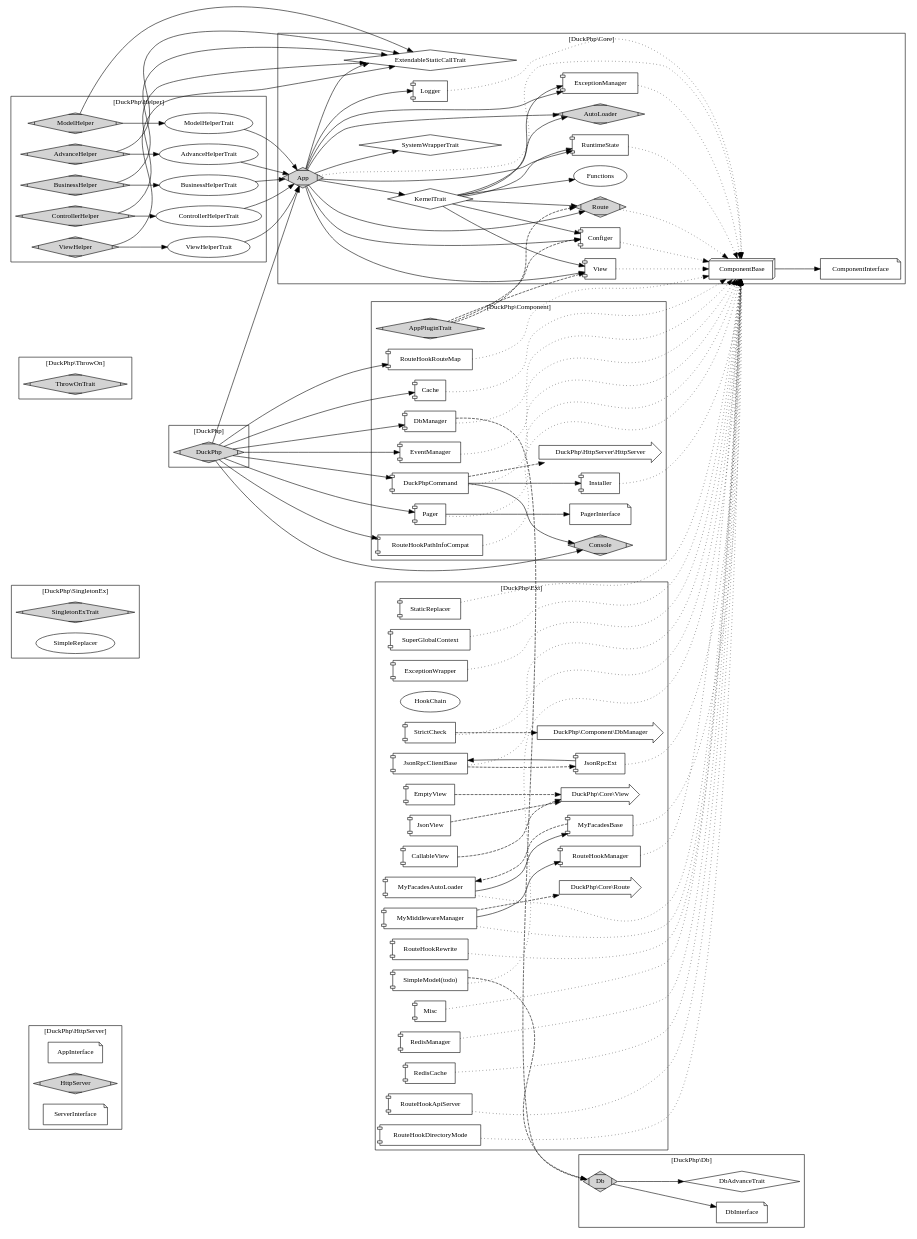
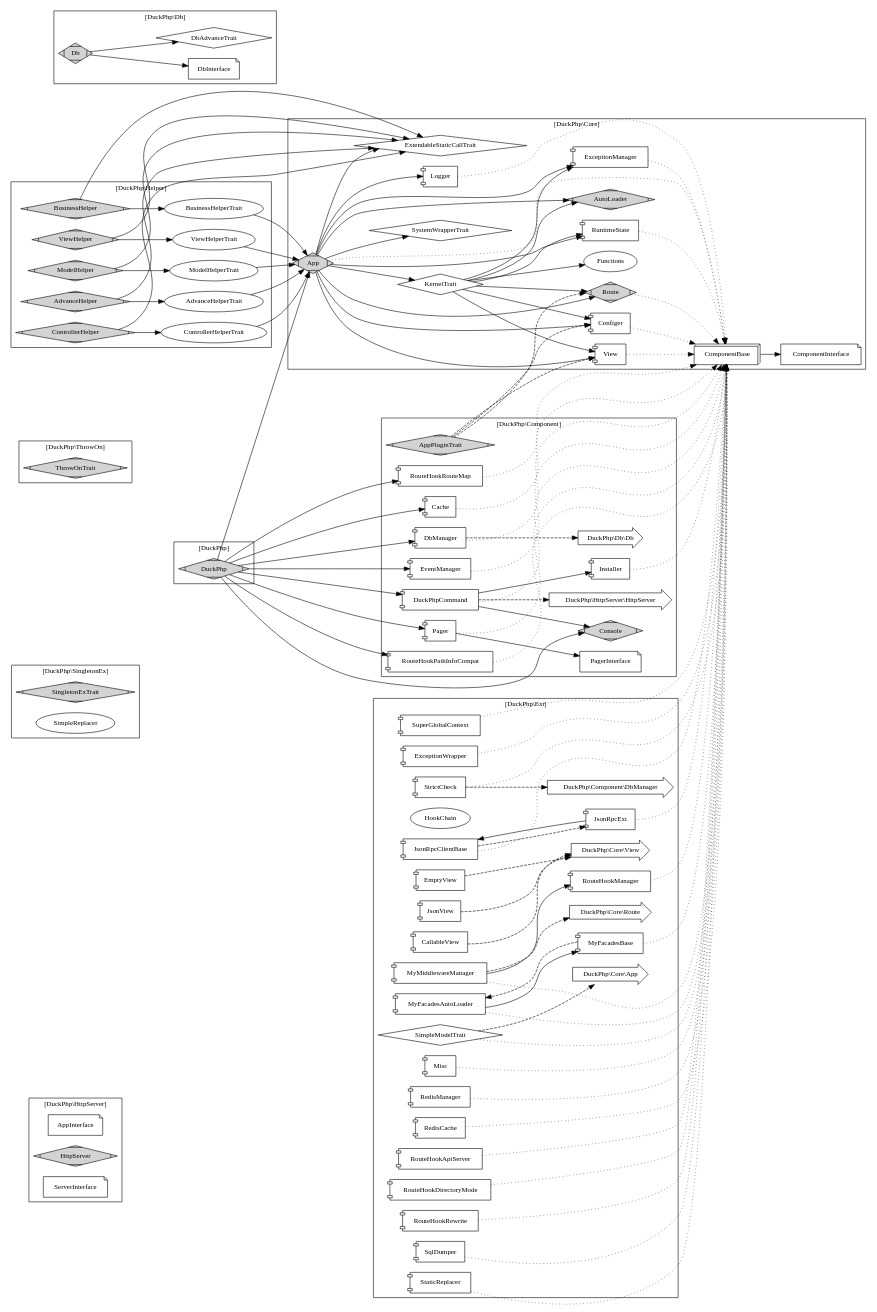
One commit to dvaknheo/duckphp changed the diagram in docs/duckphp.gv. Above: the diagram before and after it, drawn with Graphviz. The commit also changed 3 other files, not shown here.

```diff
--- a/docs/duckphp.gv
+++ b/docs/duckphp.gv
@@ -137,6 +137,7 @@
     RouteHookRouteMap[shape="component"];
     
     X_HttpServer[label="DuckPhp\\HttpServer\\HttpServer",shape="rarrow"];
+    X_Db_Db[label="DuckPhp\\Db\\Db",shape="rarrow"];
     
     AppPluginTrait -> Configer [style="dashed"]; 
     AppPluginTrait -> View [style="dashed"]; 
@@ -154,7 +155,7 @@
     DuckPhpCommand -> Console; 
     DuckPhpCommand -> Installer; 
     DuckPhpCommand -> X_HttpServer [style="dashed"];
-    DbManager -> Db_Db [style="dashed"]; 
+    DbManager -> X_Db_Db [style="dashed"]; 
 
     Pager -> PagerInterface; 
 }
@@ -202,11 +203,14 @@
     RouteHookDirectoryMode[shape="component"];
     RouteHookManager[shape="component"];
     RouteHookRewrite[shape="component"];
-    SimpleModel [label="SimpleModel(todo)";shape="component"];
+    SimpleModelTrait [shape=diamond];
+    SqlDumper [shape="component"];
+    
     StaticReplacer [shape="component"];
     StrictCheck[shape="component"];
     SuperGlobalContext[shape="component"];
 
+    X_Core_App[label="DuckPhp\\Core\\App",shape="rarrow"];
     X_Core_Route[label="DuckPhp\\Core\\Route",shape="rarrow"];
     X_Core_View[label="DuckPhp\\Core\\View",shape="rarrow"];
     X_DbManager[label="DuckPhp\\Component\\DbManager",shape="rarrow"];
@@ -224,7 +228,8 @@
     RouteHookDirectoryMode -> ComponentBase [style="dotted"];
     RouteHookManager -> ComponentBase [style="dotted"];
     RouteHookRewrite -> ComponentBase [style="dotted"];
-    SimpleModel -> ComponentBase [style="dotted"];
+    SimpleModelTrait -> ComponentBase [style="dotted"];
+    SqlDumper -> ComponentBase [style="dotted"];
     StaticReplacer -> ComponentBase [style="dotted"];
     StrictCheck -> ComponentBase [style="dotted"];
     SuperGlobalContext -> ComponentBase [style="dotted"];
@@ -240,7 +245,7 @@
     JsonRpcClientBase -> ComponentBase [style="dotted"];
     JsonView -> X_Core_View [style="dashed"];
 
-    SimpleModel ->Db_Db [style="dashed"];
+    SimpleModelTrait ->X_Core_App [style="dashed"];
     StrictCheck -> X_DbManager [style="dashed"];
     
 
```
